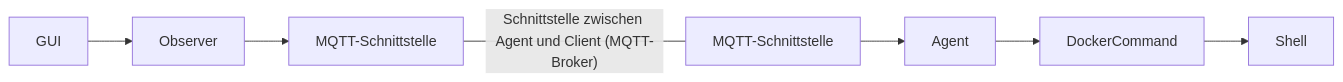
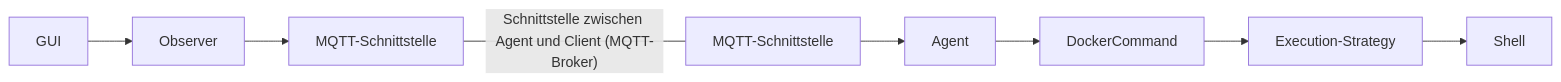
The diagram in abgabe/Software Architecture Document (SAD).md (babyport/babyport), drawn with Mermaid before and after one commit. The commit also changed other lines of this file, not shown here.

````diff
--- a/abgabe/Software Architecture Document (SAD).md
+++ b/abgabe/Software Architecture Document (SAD).md
@@ -216,9 +218,10 @@
 ```mermaid
 graph LR;
     id1[GUI]-->id2[Observer];
     id2[Observer]-->id3[MQTT-Kommunikation]
     id3[MQTT-Schnittstelle]-- Schnittstelle zwischen Agent und Client (MQTT-Broker) ---id6[MQTT-Schnittstelle]
     id6[MQTT-Schnittstelle]-->id4[Agent]
     id4[Agent]-->id5[DockerCommand]
-    id5[DockerCommand]-->id7[Shell]
+    id5[DockerCommand] --> id8[Execution-Strategy]
+    id8[Execution-Strategy] -->id7[Shell]
 ```
````
